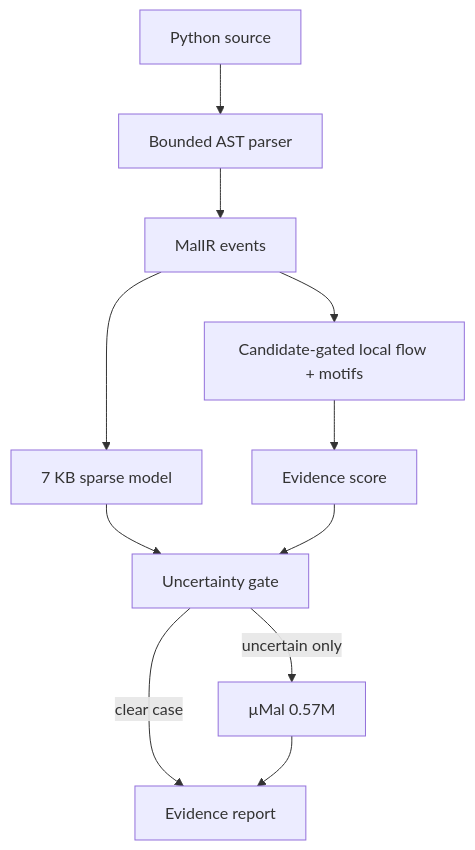
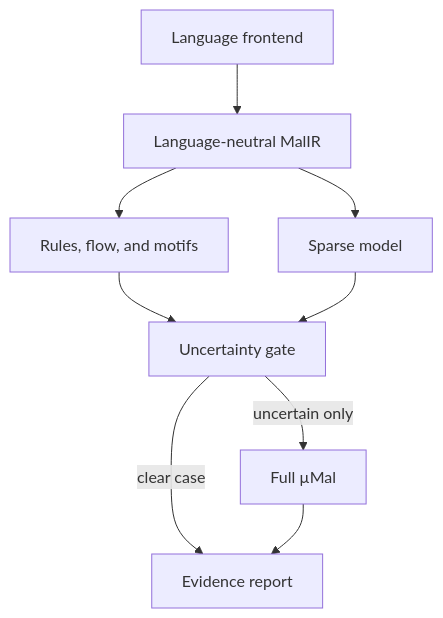
The diagram in README.md (bm-hien/is-this-code-safe), drawn with Mermaid before and after one commit. The commit also changed other lines of this file and 11 other files, not shown here.

Commit message:
Add on-demand full model web analyzer and multilingual roadmap

```diff
--- a/README.md
+++ b/README.md
@@ -24,13 +30,11 @@
 ~~~mermaid
 flowchart TD
-    A["Python source"] --> B["Bounded AST parser"]
-    B --> C["MalIR events"]
-    C --> D["Candidate-gated local flow + motifs"]
-    C --> E["7 KB sparse model"]
-    D --> F["Evidence score"]
-    E --> G["Uncertainty gate"]
+    A["Language frontend"] --> B["Language-neutral MalIR"]
+    B --> C["Rules, flow, and motifs"]
+    B --> D["Sparse model"]
+    C --> E["Uncertainty gate"]
+    D --> E
+    E -->|uncertain only| F["Full µMal"]
+    E -->|clear case| G["Evidence report"]
     F --> G
-    G -->|uncertain only| H["µMal 0.57M"]
-    G -->|clear case| I["Evidence report"]
-    H --> I
 ~~~
```
